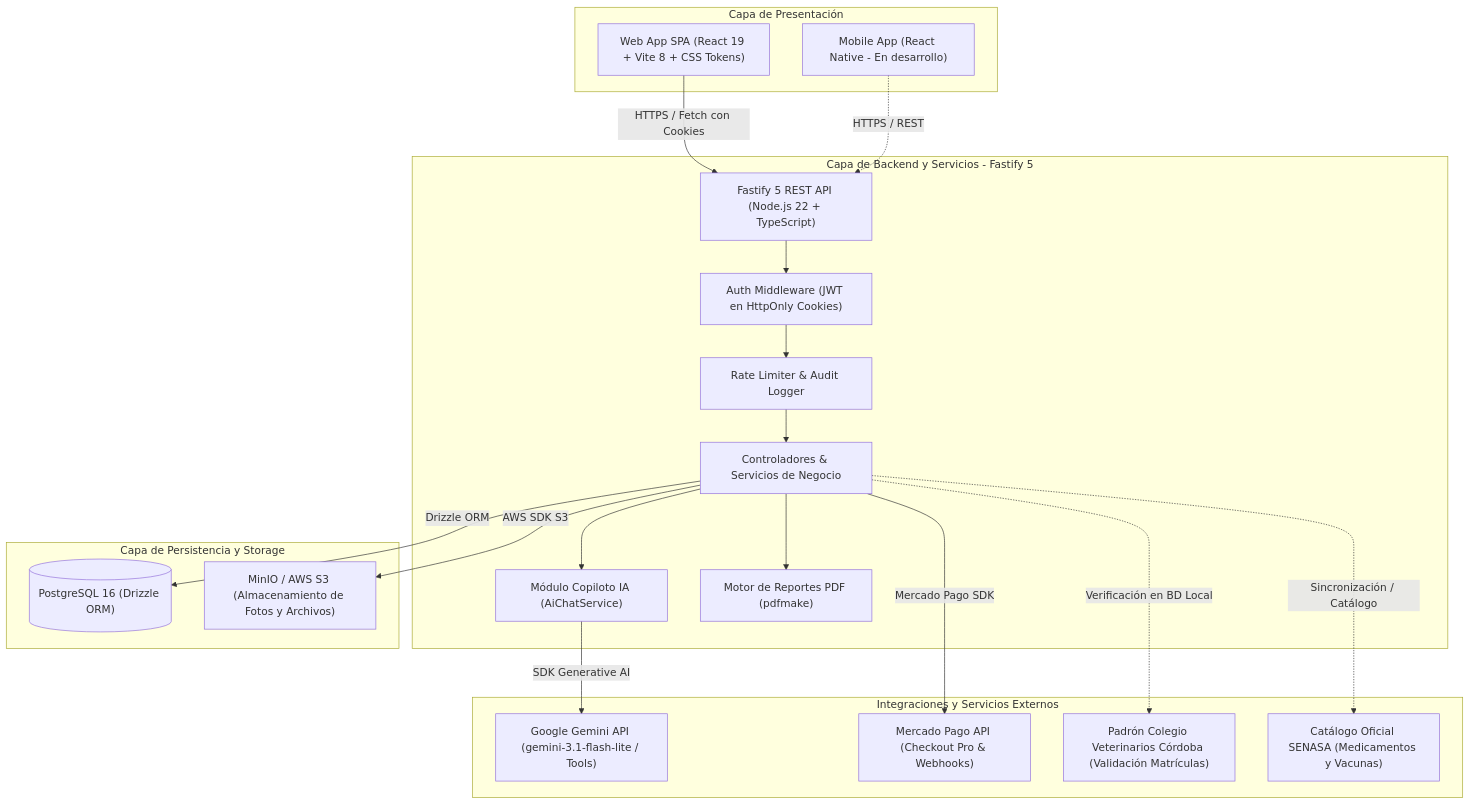
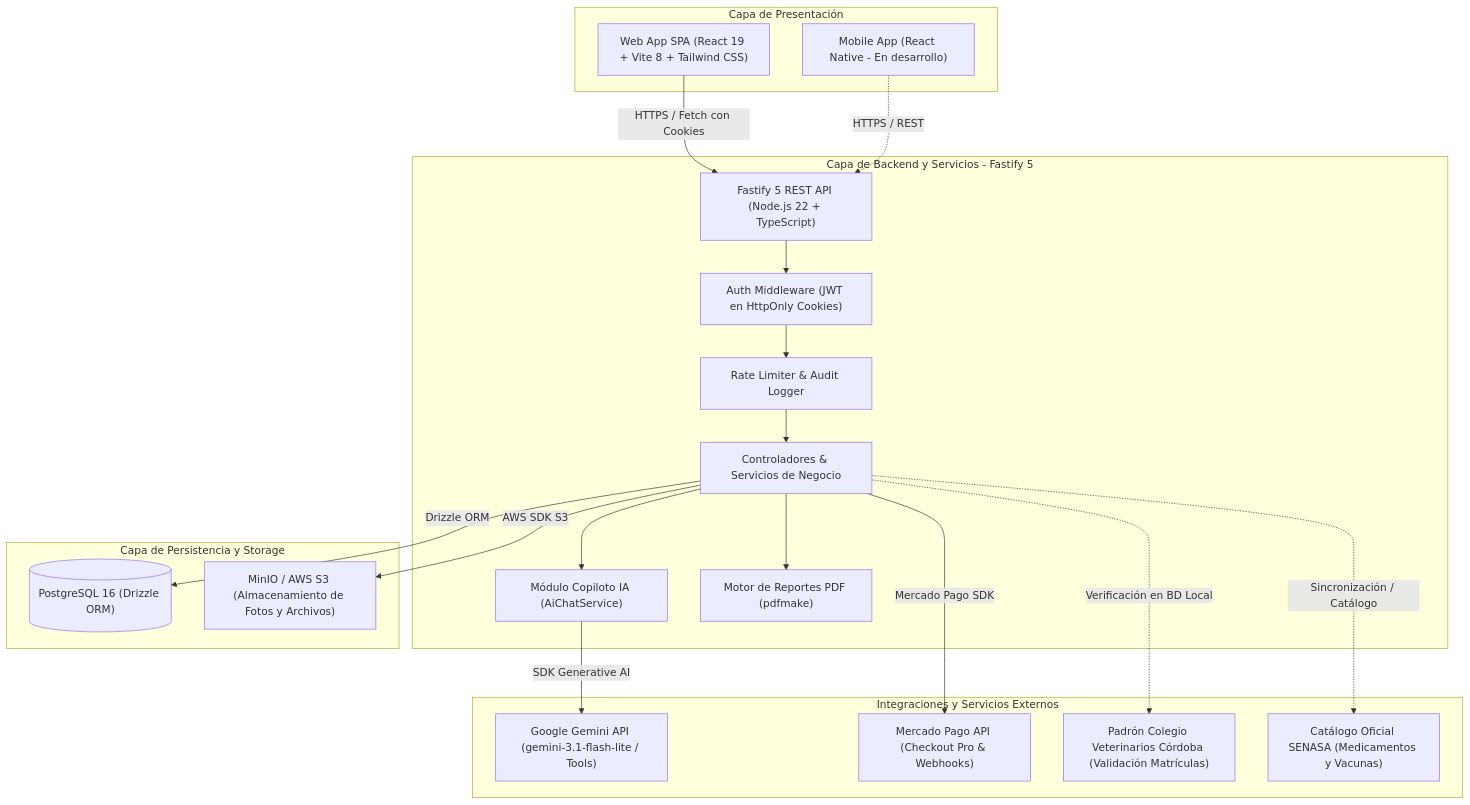
The fifth of 7 diagrams in Carpeta_Documentacion_Tecnica_VetVault_2026.md (ftrubiolo/proyecto-vet-pp), drawn with Mermaid before and after one commit. The commit also changed other lines of this file and 22 other files, not shown here.

````diff
--- a/Carpeta_Documentacion_Tecnica_VetVault_2026.md
+++ b/Carpeta_Documentacion_Tecnica_VetVault_2026.md
@@ -396,42 +400,42 @@
 ```mermaid
 graph TD
     subgraph Presentacion [Capa de Presentación]
-        A["Web App SPA (React 19 + Vite 8 + CSS Tokens)"]
+        A["Web App SPA (React 19 + Vite 8 + Tailwind CSS)"]
         A2["Mobile App (React Native - En desarrollo)"]
     end
 
     subgraph BackendAPI [Capa de Backend y Servicios - Fastify 5]
         B["Fastify 5 REST API (Node.js 22 + TypeScript)"]
         B1["Auth Middleware (JWT en HttpOnly Cookies)"]
         B2["Rate Limiter & Audit Logger"]
         B3["Controladores & Servicios de Negocio"]
         B4["Módulo Copiloto IA (AiChatService)"]
         B5["Motor de Reportes PDF (pdfmake)"]
     end
 
     subgraph Persistencia [Capa de Persistencia y Storage]
         C[("PostgreSQL 16 (Drizzle ORM)")]
         D["MinIO / AWS S3 (Almacenamiento de Fotos y Archivos)"]
     end
 
     subgraph ServiciosExternos [Integraciones y Servicios Externos]
         E["Google Gemini API (gemini-3.1-flash-lite / Tools)"]
         F["Mercado Pago API (Checkout Pro & Webhooks)"]
         G["Padrón Colegio Veterinarios Córdoba (Validación Matrículas)"]
         H["Catálogo Oficial SENASA (Medicamentos y Vacunas)"]
     end
 
     A -->|HTTPS / Fetch con Cookies| B
     A2 -.->|HTTPS / REST| B
     B --> B1
     B1 --> B2
     B2 --> B3
     B3 --> B4
     B3 --> B5
     B3 -->|Drizzle ORM| C
     B3 -->|AWS SDK S3| D
     B4 -->|SDK Generative AI| E
     B3 -->|Mercado Pago SDK| F
     B3 -.->|Verificación en BD Local| G
     B3 -.->|Sincronización / Catálogo| H
 ```
````
